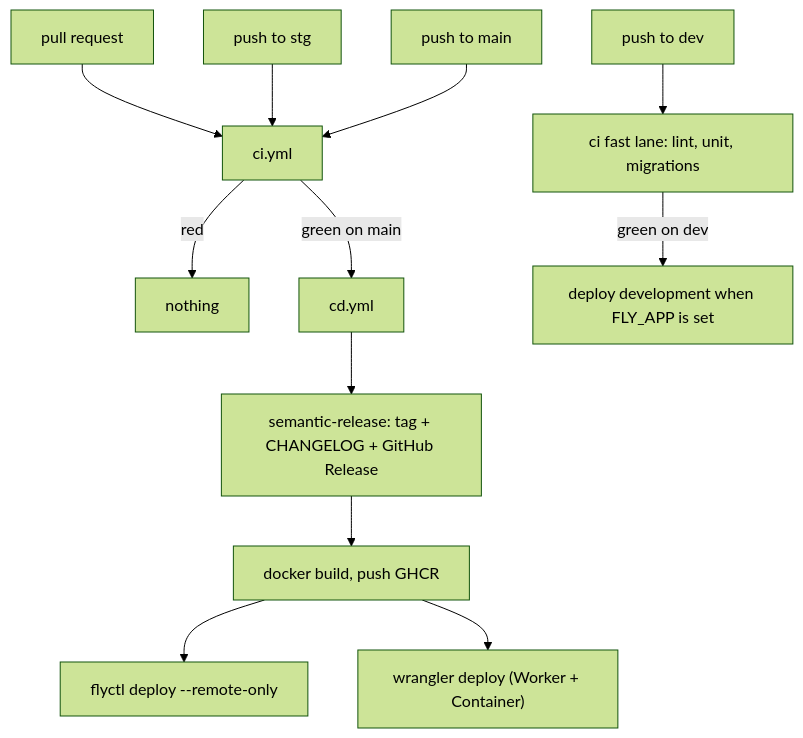
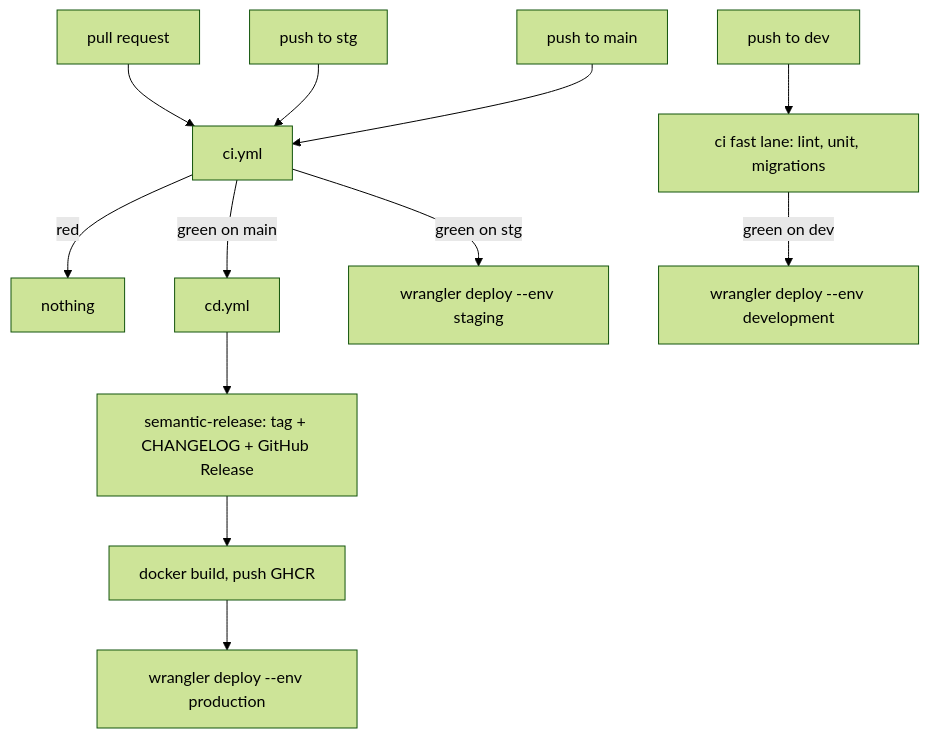
Before and after one commit to kwami-labs/kwami-lk-api: the diagram in docs/deployment.md, drawn with Mermaid (forest theme). The commit also changed other lines of this file and 7 other files, not shown here.

````diff
--- a/docs/deployment.md
+++ b/docs/deployment.md
@@ -8,16 +8,16 @@
 ```mermaid
 flowchart TD
   PR["pull request"] --> CI["ci.yml"]
   DEV["push to dev"] --> FAST["ci fast lane: lint, unit, migrations"]
   STG["push to stg"] --> CI
   MAIN["push to main"] --> CI
 
   CI -->|red| STOP[nothing]
   CI -->|green on main| CD["cd.yml"]
-  FAST -->|green on dev| DEVDEP["deploy development when FLY_APP is set"]
+  CI -->|green on stg| STGDEP["wrangler deploy --env staging"]
+  FAST -->|green on dev| DEVDEP["wrangler deploy --env development"]
 
   CD --> REL["semantic-release: tag + CHANGELOG + GitHub Release"]
   REL --> PUB["docker build, push GHCR"]
-  PUB --> FLY["flyctl deploy --remote-only"]
-  PUB --> CF["wrangler deploy (Worker + Container)"]
+  PUB --> CF["wrangler deploy --env production"]
 ```
````
